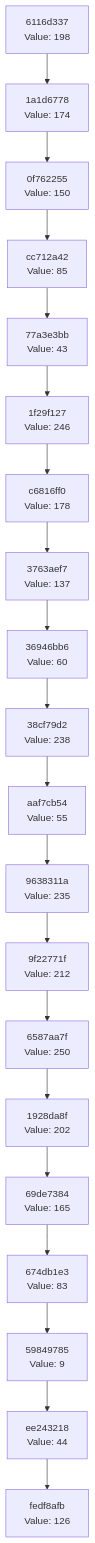
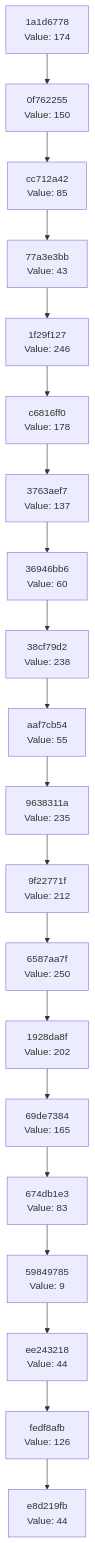
One commit to Abhisheksinha1506/hash-chain-evolver changed the diagram in docs/CHAIN_VISUALIZATION.md. Above: the diagram before and after it, drawn with Mermaid. The commit also changed 3 other files, not shown here.

````diff
--- a/docs/CHAIN_VISUALIZATION.md
+++ b/docs/CHAIN_VISUALIZATION.md
@@ -3,42 +3,42 @@
 ```mermaid
 graph TD
-    C0["fedf8afb<br/>Value: 126"]
-    C1["ee243218<br/>Value: 44"]
+    C0["e8d219fb<br/>Value: 44"]
+    C1["fedf8afb<br/>Value: 126"]
     C1 --> C0
-    C2["59849785<br/>Value: 9"]
+    C2["ee243218<br/>Value: 44"]
     C2 --> C1
-    C3["674db1e3<br/>Value: 83"]
+    C3["59849785<br/>Value: 9"]
     C3 --> C2
-    C4["69de7384<br/>Value: 165"]
+    C4["674db1e3<br/>Value: 83"]
     C4 --> C3
-    C5["1928da8f<br/>Value: 202"]
+    C5["69de7384<br/>Value: 165"]
     C5 --> C4
-    C6["6587aa7f<br/>Value: 250"]
+    C6["1928da8f<br/>Value: 202"]
     C6 --> C5
-    C7["9f22771f<br/>Value: 212"]
+    C7["6587aa7f<br/>Value: 250"]
     C7 --> C6
-    C8["9638311a<br/>Value: 235"]
+    C8["9f22771f<br/>Value: 212"]
     C8 --> C7
-    C9["aaf7cb54<br/>Value: 55"]
+    C9["9638311a<br/>Value: 235"]
     C9 --> C8
-    C10["38cf79d2<br/>Value: 238"]
+    C10["aaf7cb54<br/>Value: 55"]
     C10 --> C9
-    C11["36946bb6<br/>Value: 60"]
+    C11["38cf79d2<br/>Value: 238"]
     C11 --> C10
-    C12["3763aef7<br/>Value: 137"]
+    C12["36946bb6<br/>Value: 60"]
     C12 --> C11
-    C13["c6816ff0<br/>Value: 178"]
+    C13["3763aef7<br/>Value: 137"]
     C13 --> C12
-    C14["1f29f127<br/>Value: 246"]
+    C14["c6816ff0<br/>Value: 178"]
     C14 --> C13
-    C15["77a3e3bb<br/>Value: 43"]
+    C15["1f29f127<br/>Value: 246"]
     C15 --> C14
-    C16["cc712a42<br/>Value: 85"]
+    C16["77a3e3bb<br/>Value: 43"]
     C16 --> C15
-    C17["0f762255<br/>Value: 150"]
+    C17["cc712a42<br/>Value: 85"]
     C17 --> C16
-    C18["1a1d6778<br/>Value: 174"]
+    C18["0f762255<br/>Value: 150"]
     C18 --> C17
-    C19["6116d337<br/>Value: 198"]
+    C19["1a1d6778<br/>Value: 174"]
     C19 --> C18
 ```
````
